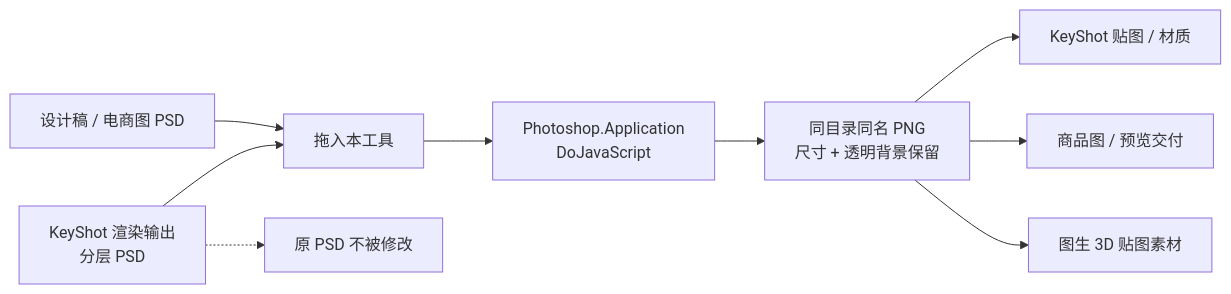
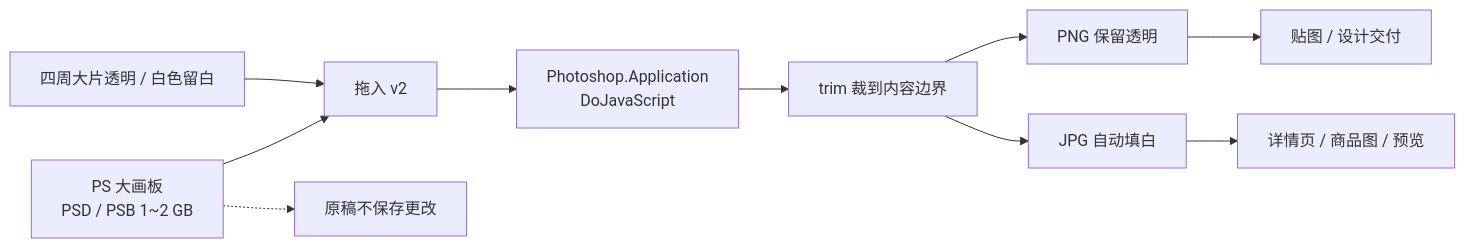
One commit to 1187574340yangping-hash/KeyShot-PSD-to-PNG changed the first of 4 diagrams in README.md. Above: the diagram before and after it, drawn with Mermaid. The commit also changed other lines of this file and 6 other files, not shown here.

Commit message:
feat: v2 - PSB support, auto-trim to content bounds, selectable PNG/JPG

````diff
--- a/README.md
+++ b/README.md
@@ -52,11 +62,12 @@
 ```mermaid
 flowchart LR
-    A["KeyShot 渲染输出<br/>分层 PSD"] --> B["拖入本工具"]
-    C["设计稿 / 电商图 PSD"] --> B
+    A["PS 大画板<br/>PSD / PSB 1~2 GB"] --> B["拖入 v2"]
+    C["四周大片透明 / 白色留白"] --> B
     B --> D["Photoshop.Application<br/>DoJavaScript"]
-    D --> E["同目录同名 PNG<br/>尺寸 + 透明背景保留"]
-    E --> F1["KeyShot 贴图 / 材质"]
-    E --> F2["商品图 / 预览交付"]
-    E --> F3["图生 3D 贴图素材"]
-    A -.-> G["原 PSD 不被修改"]
+    D --> E["trim 裁到内容边界"]
+    E --> F1["PNG 保留透明"]
+    E --> F2["JPG 自动填白"]
+    F1 --> G1["贴图 / 设计交付"]
+    F2 --> G2["详情页 / 商品图 / 预览"]
+    A -.-> H["原稿不保存更改"]
 ```
````
